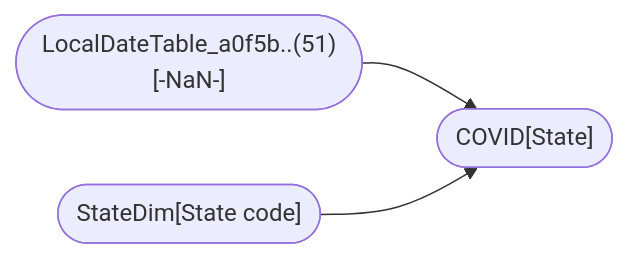
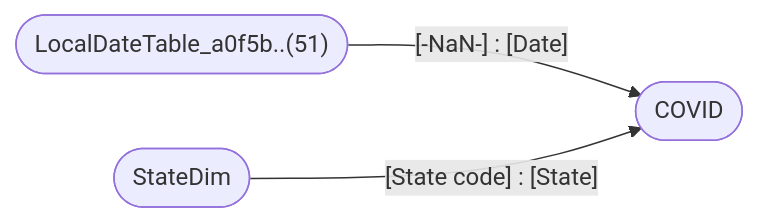
Before and after one commit to ZdenekMerka/pbix_doc: the diagram in tests/output/COVID-19 US Tracking Sample.pbix.md, drawn with Mermaid. The commit also changed other lines of this file and 8 other files, not shown here.

Commit message:
change graph edges descriptions #14

````diff
--- a/tests/output/COVID-19 US Tracking Sample.pbix.md
+++ b/tests/output/COVID-19 US Tracking Sample.pbix.md
@@ -29,6 +29,6 @@
 ```mermaid
 graph LR;
 
-id28(["LocalDateTable_a0f5b..(51)[-NaN-]"]) --> id19(["COVID[Date]"])
-id22(["StateDim[State code]"]) --> id19(["COVID[State]"])
+id28(["LocalDateTable_a0f5b..(51)"]) --[-NaN-] : [Date]--> id19(["COVID"])
+id22(["StateDim"]) --[State code] : [State]--> id19(["COVID"])
 ```
````
